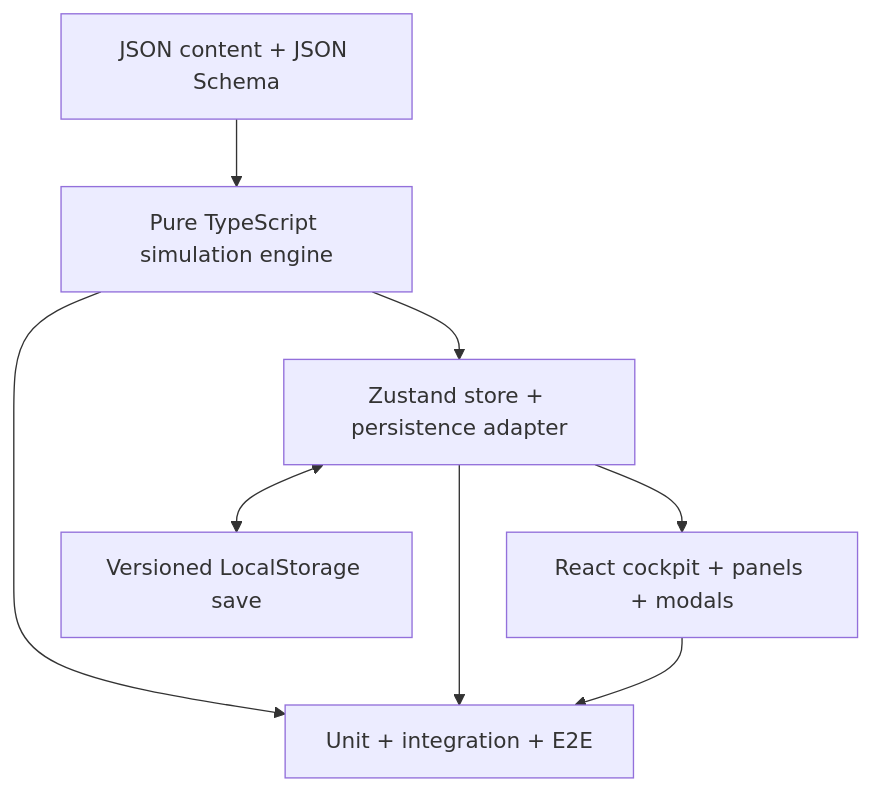
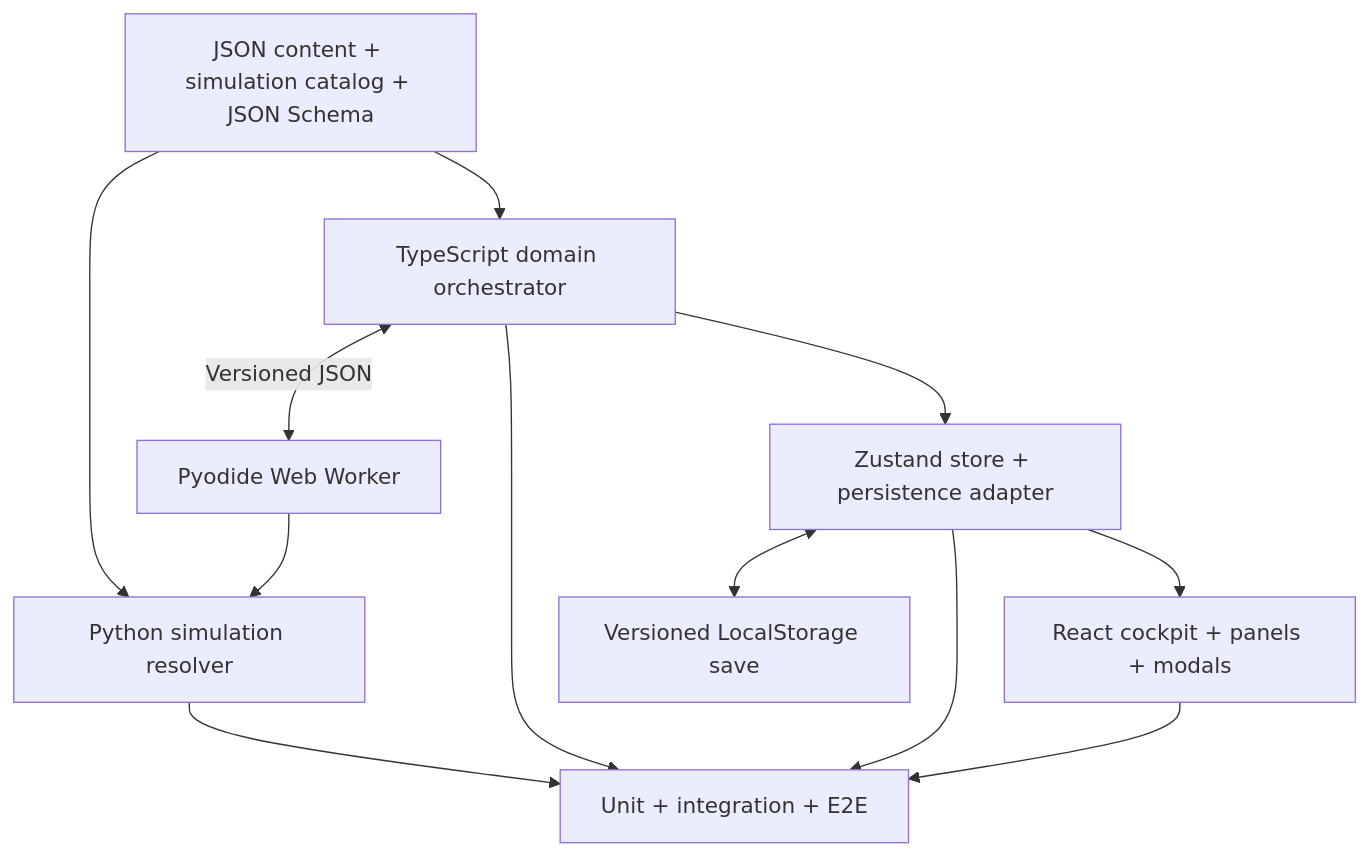
Before and after one commit to phanhuudanhkg0811-star/project-human-frontier: the diagram in docs/plan/first-phase/PHASE_1_MOON_IMPLEMENTATION_PLAN.md, drawn with Mermaid. The commit also changed other lines of this file and 7 other files, not shown here.

````diff
--- a/docs/plan/first-phase/PHASE_1_MOON_IMPLEMENTATION_PLAN.md
+++ b/docs/plan/first-phase/PHASE_1_MOON_IMPLEMENTATION_PLAN.md
@@ -114,17 +114,23 @@
 ```mermaid
 flowchart TD
-    Data[JSON content + JSON Schema]
-    Engine[Pure TypeScript simulation engine]
+    Data[JSON content + simulation catalog + JSON Schema]
+    Domain[TypeScript domain orchestrator]
+    Worker[Pyodide Web Worker]
+    Engine[Python simulation resolver]
     Store[Zustand store + persistence adapter]
     UI[React cockpit + panels + modals]
     Save[Versioned LocalStorage save]
     Tests[Unit + integration + E2E]
 
+    Data --> Domain
     Data --> Engine
-    Engine --> Store
+    Domain <-->|Versioned JSON| Worker
+    Worker --> Engine
+    Domain --> Store
     Store <--> Save
     Store --> UI
     Engine --> Tests
+    Domain --> Tests
     Store --> Tests
     UI --> Tests
 ```
````
